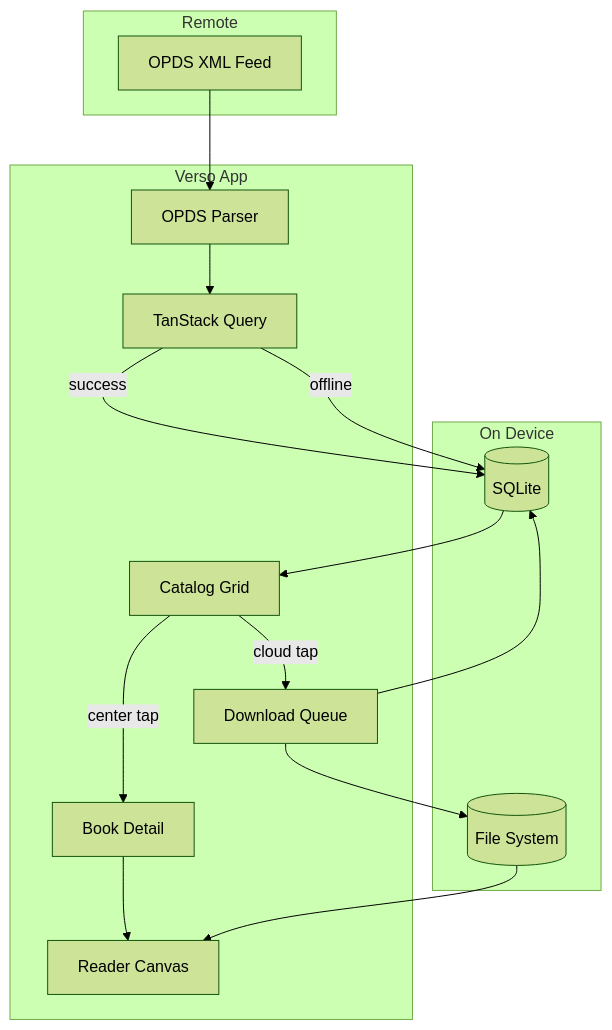
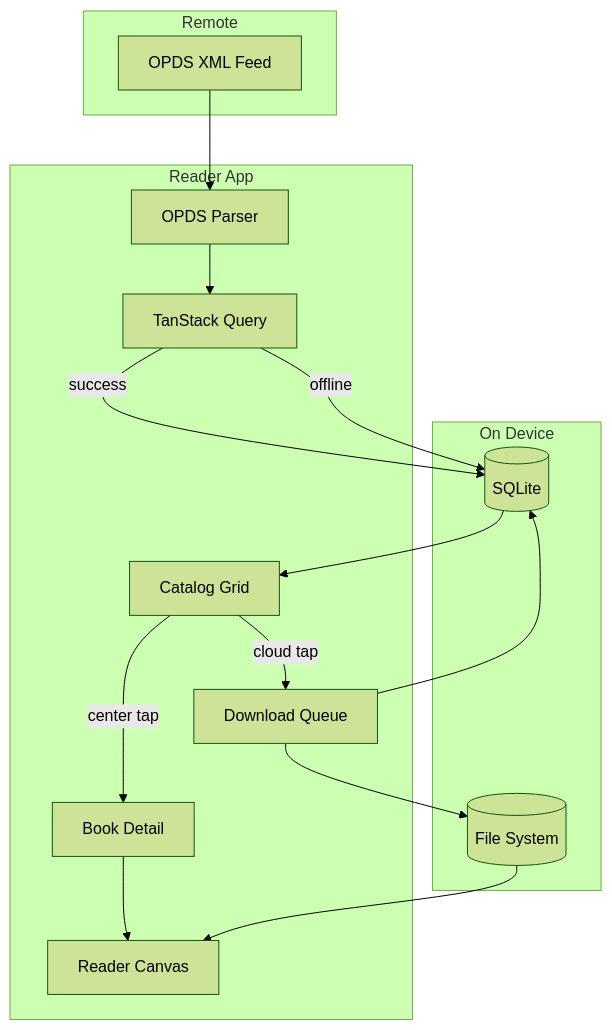
The diagram in README.md (AlejandroAkbal/Verso), drawn with Mermaid (forest theme) before and after one commit. The commit also changed other lines of this file and 87 other files, not shown here.

````diff
--- a/README.md
+++ b/README.md
@@ -85,31 +85,31 @@
 ```mermaid
 flowchart TB
   subgraph remote [Remote]
     OPDS[OPDS XML Feed]
   end
 
-  subgraph app [Verso App]
+  subgraph app [Reader App]
     Parser[OPDS Parser]
     RQ[TanStack Query]
     Grid[Catalog Grid]
     Detail[Book Detail]
     Reader[Reader Canvas]
     Queue[Download Queue]
   end
 
   subgraph local [On Device]
     DB[(SQLite)]
     FS[(File System)]
   end
 
   OPDS --> Parser --> RQ
   RQ -->|success| DB
   RQ -->|offline| DB
   DB --> Grid
   Grid -->|center tap| Detail
   Grid -->|cloud tap| Queue
   Queue --> FS
   Queue --> DB
   Detail --> Reader
   FS --> Reader
 ```
````
